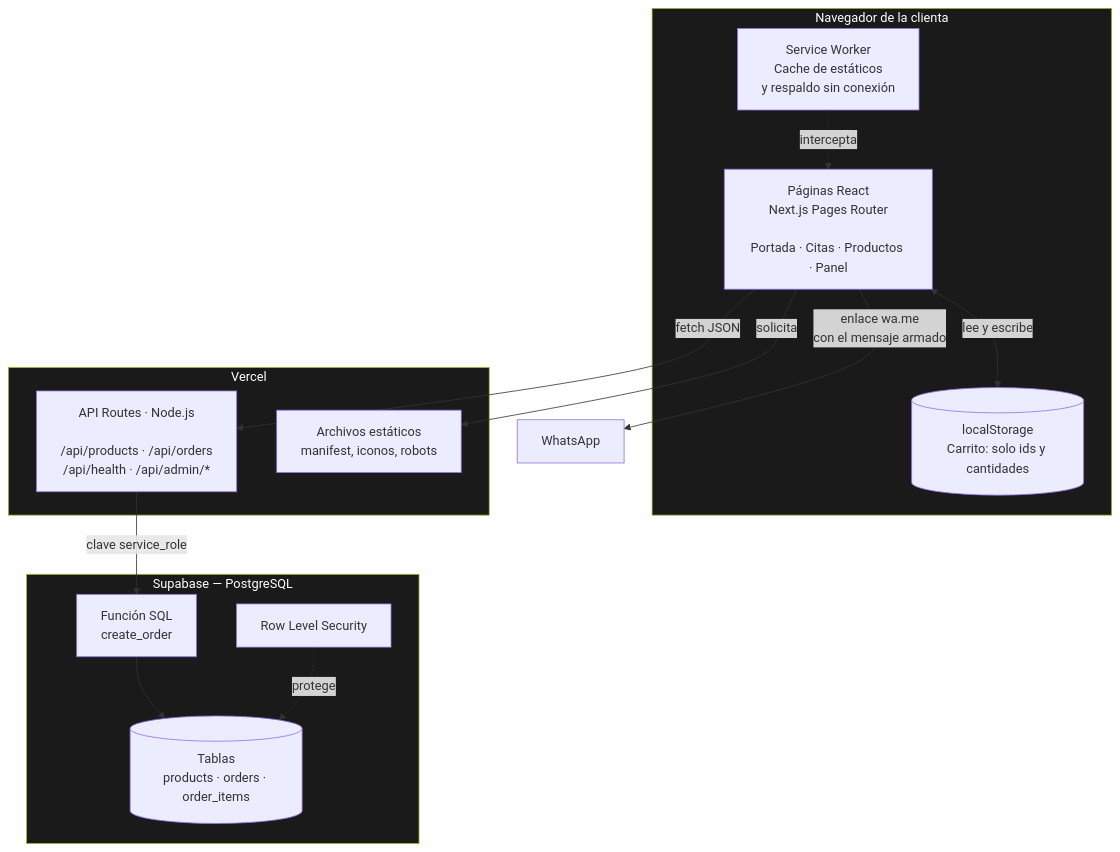
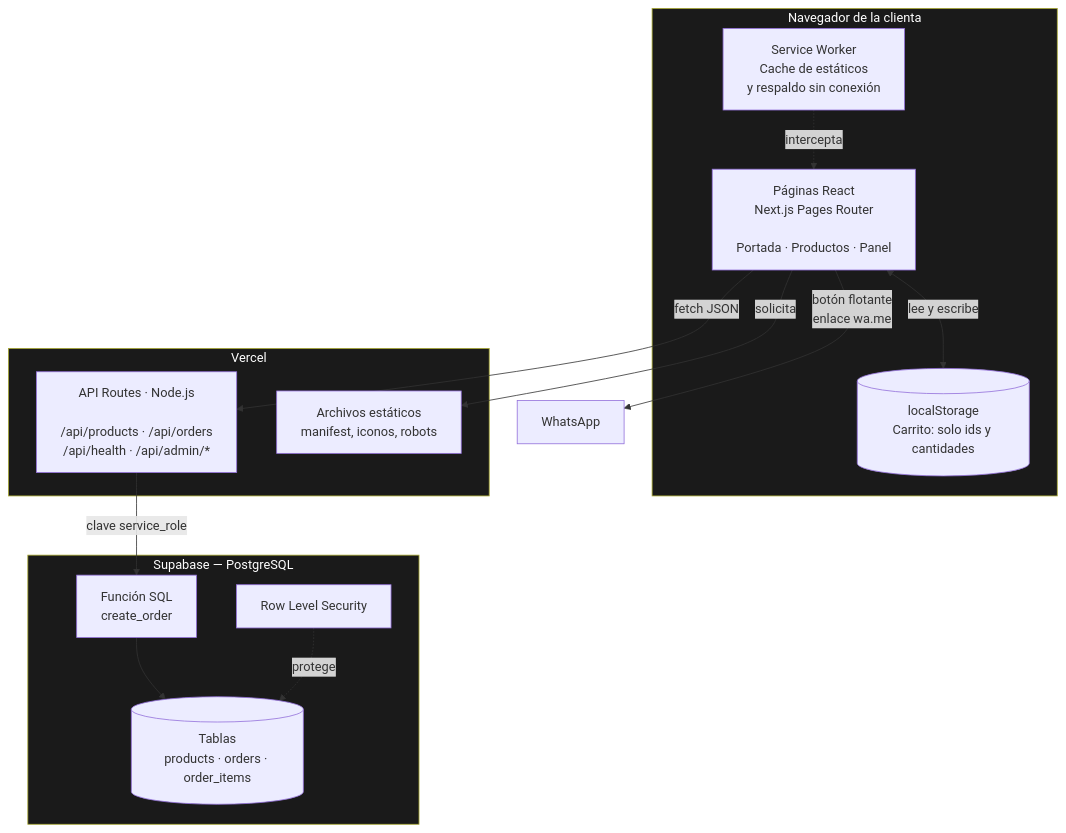
Before and after one commit to Alejandro-Paz05/Proyecto_ISW2: the second of 7 diagrams in docs/arquitectura.md, drawn with Mermaid. The commit also changed other lines of this file and 20 other files, not shown here.

First line of the commit message:
feat(citas): reemplazar el formulario por un boton flotante de WhatsApp

````diff
--- a/docs/arquitectura.md
+++ b/docs/arquitectura.md
@@ -48,34 +48,34 @@
 ```mermaid
 flowchart TB
     subgraph navegador["Navegador de la clienta"]
-        spa["Páginas React<br/>Next.js Pages Router<br/><br/>Portada · Citas · Productos · Panel"]
+        spa["Páginas React<br/>Next.js Pages Router<br/><br/>Portada · Productos · Panel"]
         sw["Service Worker<br/>Cache de estáticos<br/>y respaldo sin conexión"]
         ls[("localStorage<br/>Carrito: solo ids y cantidades")]
     end
 
     subgraph vercel["Vercel"]
         api["API Routes · Node.js<br/><br/>/api/products · /api/orders<br/>/api/health · /api/admin/*"]
         estaticos["Archivos estáticos<br/>manifest, iconos, robots"]
     end
 
     subgraph supabase["Supabase — PostgreSQL"]
         tablas[("Tablas<br/>products · orders · order_items")]
         funciones["Función SQL<br/>create_order"]
         rls["Row Level Security"]
     end
 
     wa["WhatsApp"]
 
     spa -->|"fetch JSON"| api
     spa <-->|"lee y escribe"| ls
     sw -.->|"intercepta"| spa
     spa -->|"solicita"| estaticos
-    spa -->|"enlace wa.me<br/>con el mensaje armado"| wa
+    spa -->|"botón flotante<br/>enlace wa.me"| wa
     api -->|"clave service_role"| funciones
     funciones --> tablas
     rls -.->|"protege"| tablas
 
     style navegador fill:#1a1a1a,color:#fff
     style vercel fill:#1a1a1a,color:#fff
     style supabase fill:#1a1a1a,color:#fff
 ```
````
